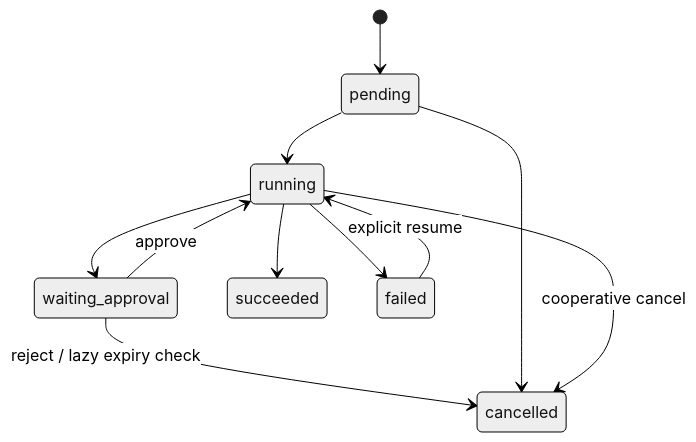
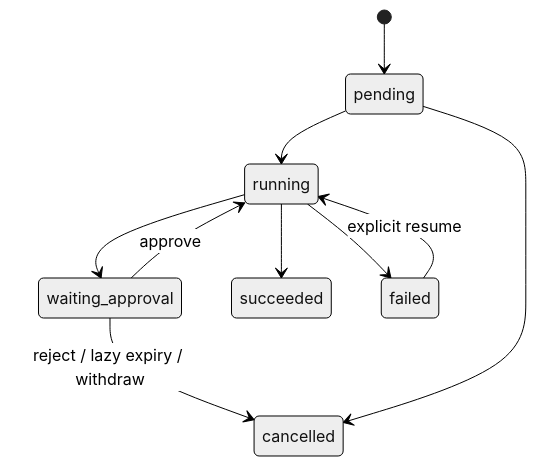
The fourth of 4 diagrams in docs/Sprint/Sprint6.md (zhangguideServiceAPI/AI-Knowledge-Hub), drawn with Mermaid (neutral theme) before and after one commit. The commit also changed other lines of this file and 13 other files, not shown here.

````diff
--- a/docs/Sprint/Sprint6.md
+++ b/docs/Sprint/Sprint6.md
@@ -745,13 +768,12 @@
 ```mermaid
 stateDiagram-v2
     [*] --> pending
     pending --> running
     running --> waiting_approval
     waiting_approval --> running: approve
-    waiting_approval --> cancelled: reject / lazy expiry check
+    waiting_approval --> cancelled: reject / lazy expiry / withdraw
     running --> succeeded
     running --> failed
     failed --> running: explicit resume
     pending --> cancelled
-    running --> cancelled: cooperative cancel
 ```
````
